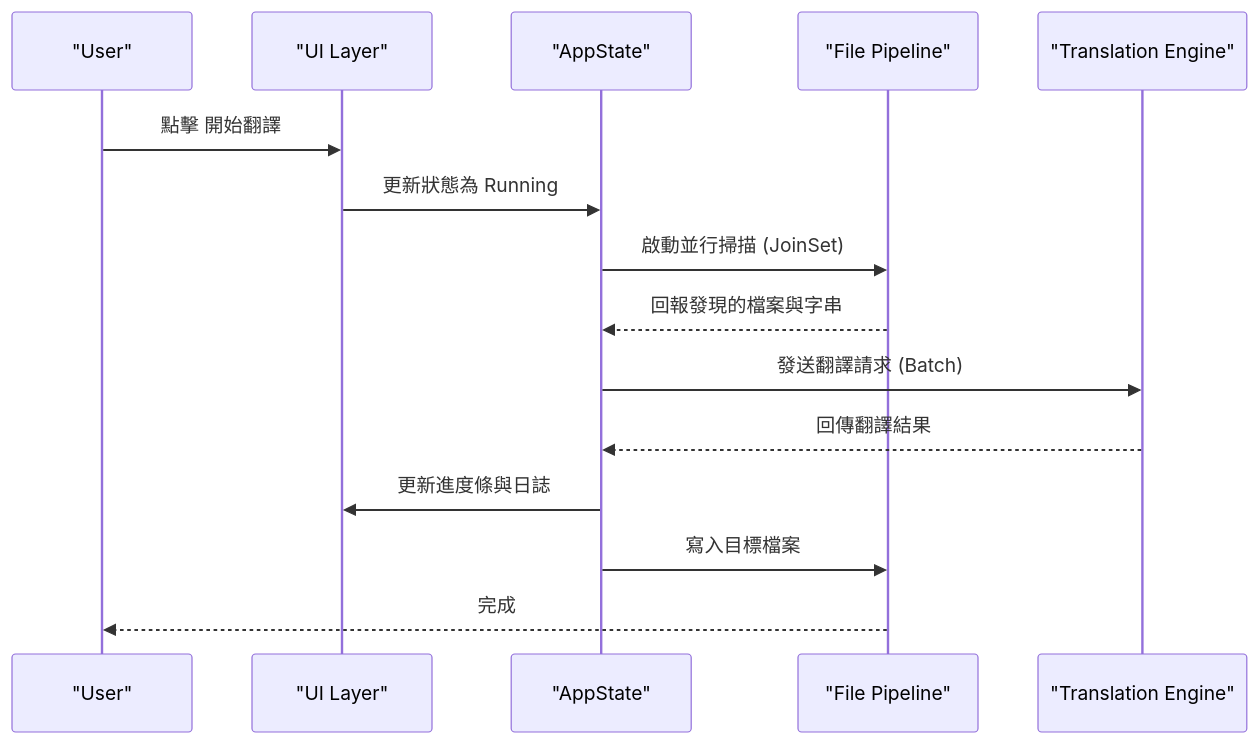
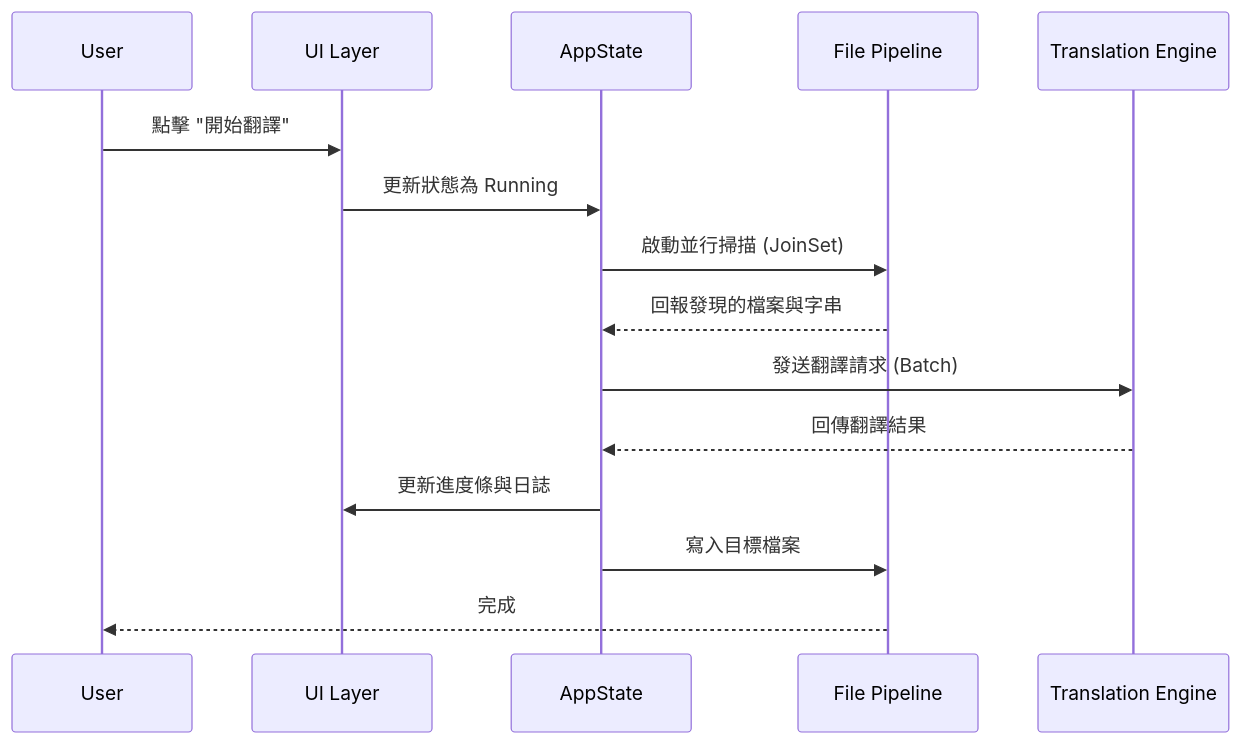
The second of 2 diagrams in docs/architecture/overview.md (mn12345678910/mc_translator), drawn with Mermaid before and after one commit. The commit also changed other lines of this file and 4 other files, not shown here.

Commit message:
文件：還原 Mermaid 圖表語法至原始規格（渲染問題已透過插件解決）

````diff
--- a/docs/architecture/overview.md
+++ b/docs/architecture/overview.md
@@ -36,18 +36,18 @@
 ```mermaid
 sequenceDiagram
-    participant U as "User"
-    participant UI as "UI Layer"
-    participant S as "AppState"
-    participant F as "File Pipeline"
-    participant T as "Translation Engine"
+    participant U as User
+    participant UI as UI Layer
+    participant S as AppState
+    participant F as File Pipeline
+    participant T as Translation Engine
     
-    U->>UI: 點擊 開始翻譯
+    U->>UI: 點擊 "開始翻譯"
     UI->>S: 更新狀態為 Running
     S->>F: 啟動並行掃描 (JoinSet)
     F-->>S: 回報發現的檔案與字串
     S->>T: 發送翻譯請求 (Batch)
     T-->>S: 回傳翻譯結果
     S->>UI: 更新進度條與日誌
     S->>F: 寫入目標檔案
     F-->>U: 完成
 ```
````
